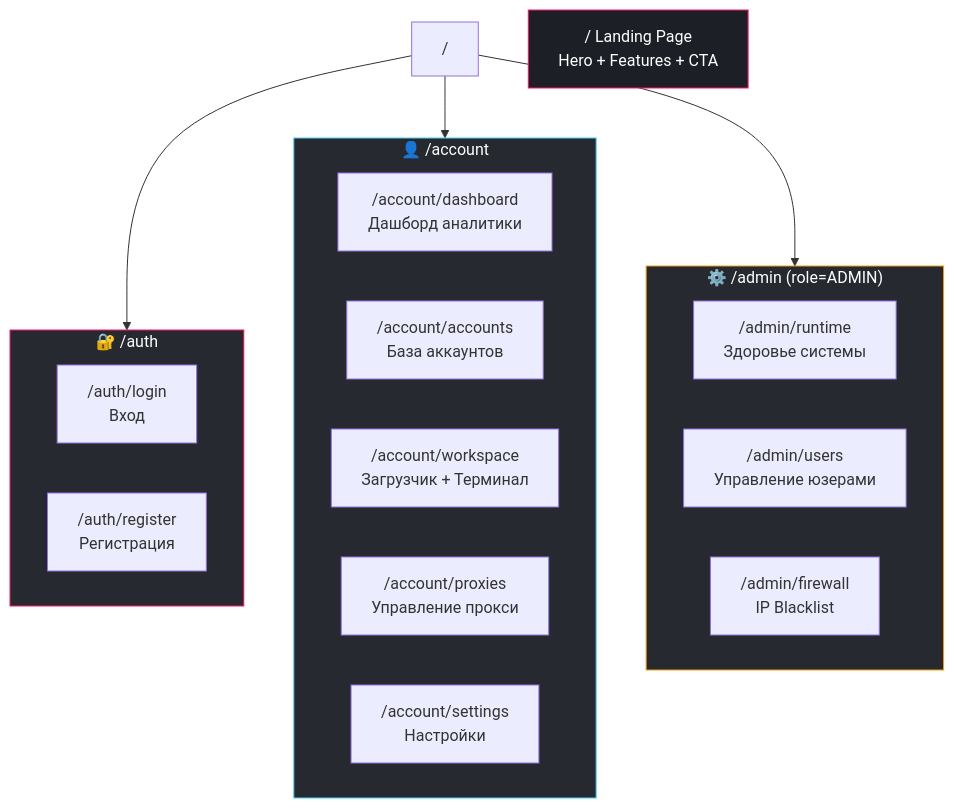
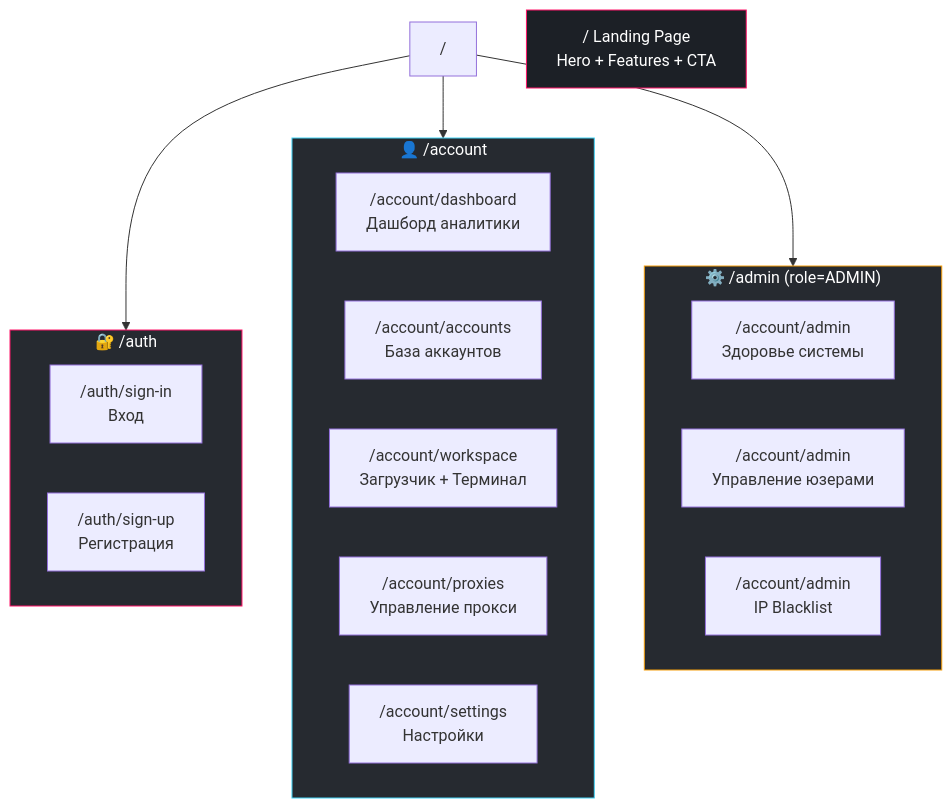
One commit to simu-lacrum/melonitymedia changed the fourth of 6 diagrams in README.md. Above: the diagram before and after it, drawn with Mermaid. The commit also changed other lines of this file and 43 other files, not shown here.

Commit message:
fix: harden upload publication flow

````diff
--- a/README.md
+++ b/README.md
@@ -357,32 +357,32 @@
 ```mermaid
 graph TD
     ROOT["/"] --> AUTH_Z
     ROOT --> ACCOUNT_Z
     ROOT --> ADMIN_Z
 
     subgraph AUTH_Z["🔐 /auth"]
-        LOGIN["/auth/login<br/>Вход"]
-        REG["/auth/register<br/>Регистрация"]
+        LOGIN["/auth/sign-in<br/>Вход"]
+        REG["/auth/sign-up<br/>Регистрация"]
     end
 
     subgraph ACCOUNT_Z["👤 /account"]
         DASH_P["/account/dashboard<br/>Дашборд аналитики"]
         PROF_P["/account/accounts<br/>База аккаунтов"]
         WS_P["/account/workspace<br/>Загрузчик + Терминал"]
         PROX_P["/account/proxies<br/>Управление прокси"]
         SET_P["/account/settings<br/>Настройки"]
     end
 
     subgraph ADMIN_Z["⚙️ /admin (role=ADMIN)"]
-        RT["/admin/runtime<br/>Здоровье системы"]
-        USR["/admin/users<br/>Управление юзерами"]
-        FW["/admin/firewall<br/>IP Blacklist"]
+        RT["/account/admin<br/>Здоровье системы"]
+        USR["/account/admin<br/>Управление юзерами"]
+        FW["/account/admin<br/>IP Blacklist"]
     end
 
     LANDING["/ Landing Page<br/>Hero + Features + CTA"]
 
     style AUTH_Z fill:#262a30,stroke:#ff1469,color:#fff
     style ACCOUNT_Z fill:#262a30,stroke:#40D3F5,color:#fff
     style ADMIN_Z fill:#262a30,stroke:#f59e0b,color:#fff
     style LANDING fill:#1c2026,stroke:#ff1469,color:#fff
 ```
````
